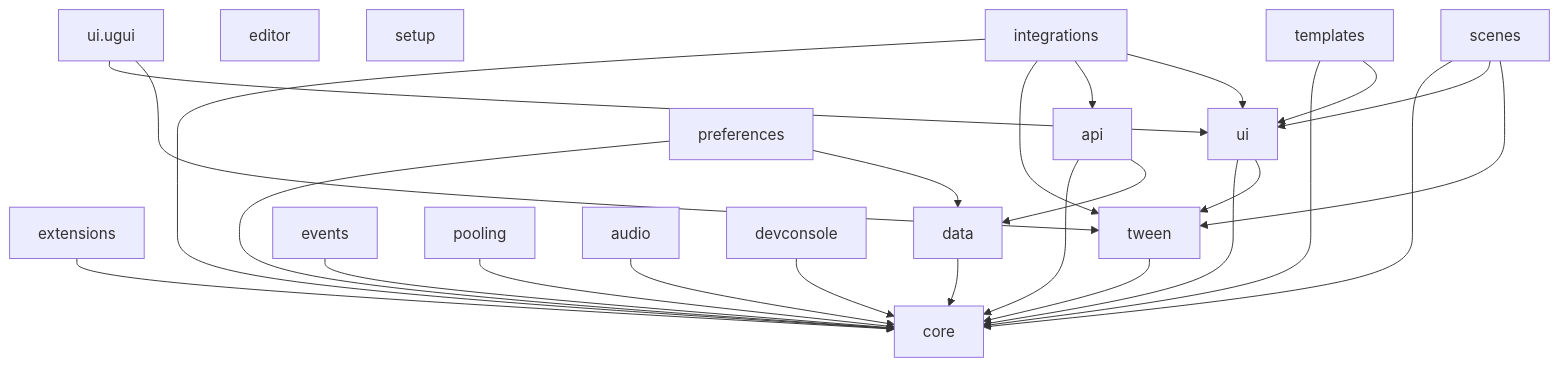
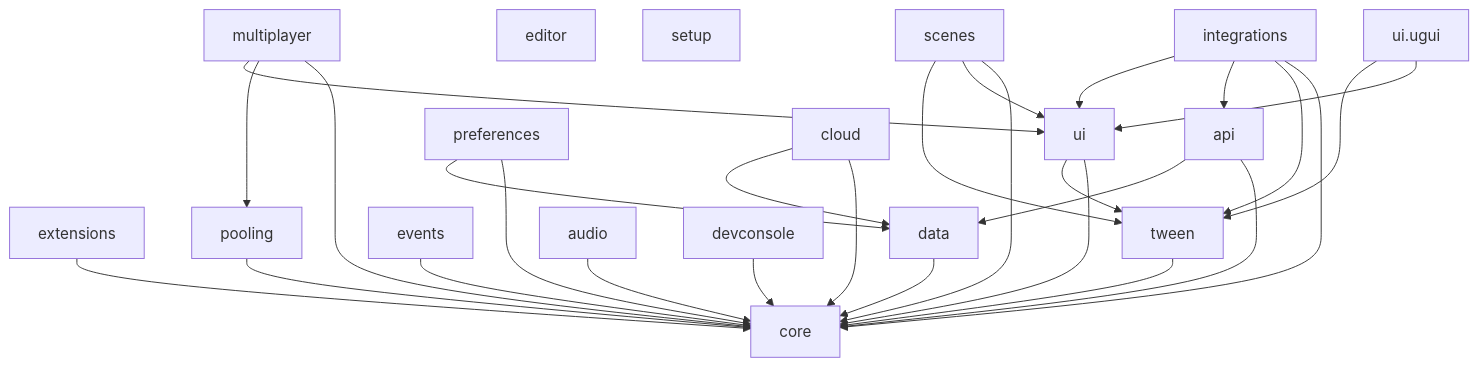
The diagram in README.md (Uee03/Pretzel), drawn with Mermaid before and after one commit. The commit also changed other lines of this file and 841 other files, not shown here.

First line of the commit message:
Add cloud and multiplayer packages, service interfaces and samples; fix audio crossfade and pool registry bugs

````diff
--- a/README.md
+++ b/README.md
@@ -12,45 +12,49 @@
 ```mermaid
 graph TD
     core[core]
     extensions[extensions]
     data[data]
     api[api]
     tween[tween]
     ui[ui]
     ugui[ui.ugui]
     editor[editor]
     setup[setup]
-    templates[templates]
     integrations[integrations]
     events[events]
     pooling[pooling]
     scenes[scenes]
     audio[audio]
     preferences[preferences]
     devconsole[devconsole]
+    cloud[cloud]
+    multiplayer[multiplayer]
 
     extensions --> core
     data --> core
     api --> core
     api --> data
     tween --> core
     ui --> core
     ui --> tween
     ugui --> ui
     ugui --> tween
-    templates --> core
-    templates --> ui
     integrations --> core
     integrations --> tween
     integrations --> api
     integrations --> ui
     events --> core
     pooling --> core
     scenes --> core
     scenes --> ui
     scenes --> tween
     audio --> core
     preferences --> core
     preferences --> data
     devconsole --> core
+    cloud --> core
+    cloud --> data
+    multiplayer --> core
+    multiplayer --> pooling
+    multiplayer --> ui
 ```
````
